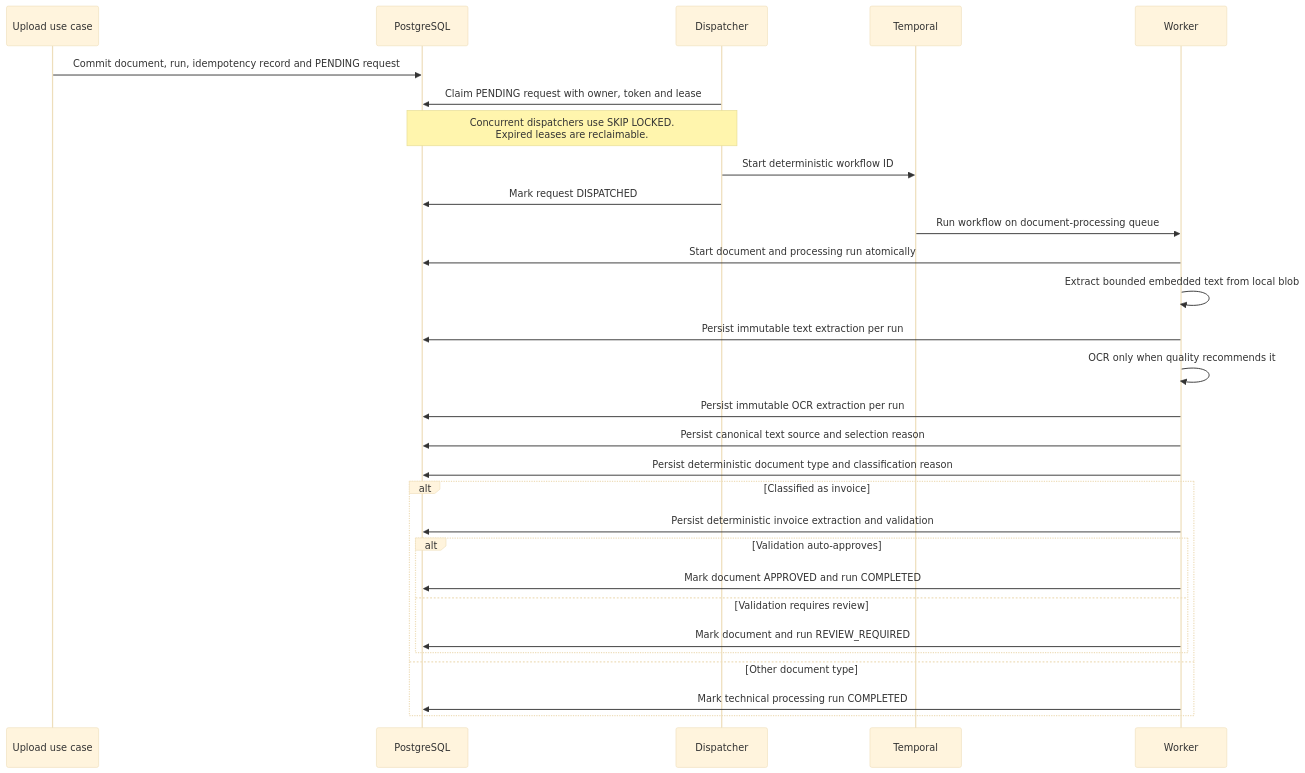
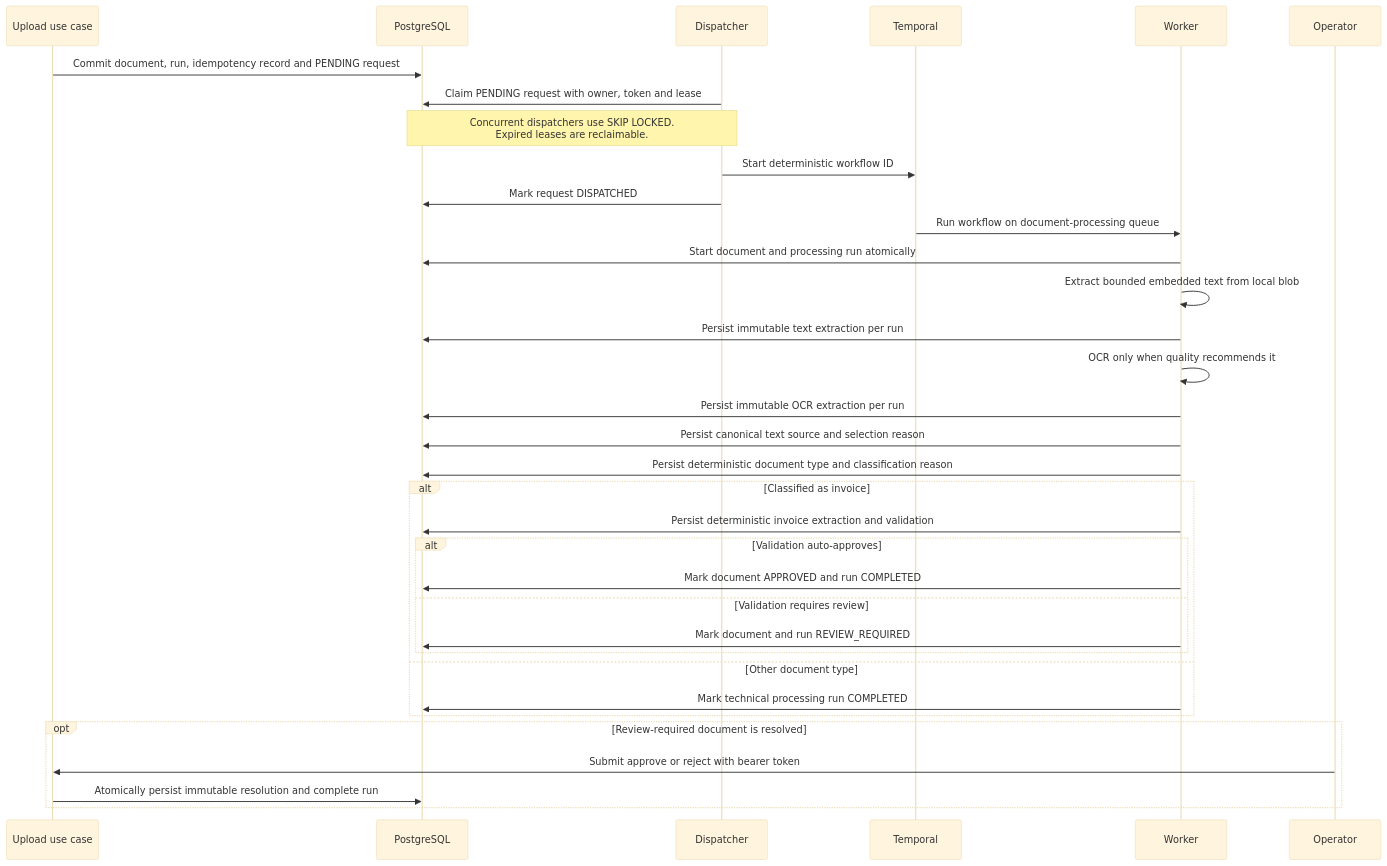
The third of 11 diagrams in docs/architecture.md (PietroRussoD/ai-document-processing-platform), drawn with Mermaid (base theme) before and after one commit. The commit also changed other lines of this file and 2 other files, not shown here.

Commit message:
📝 Document v0.3 review verification

````diff
--- a/docs/architecture.md
+++ b/docs/architecture.md
@@ -71,32 +72,37 @@
 ```mermaid
 sequenceDiagram
     participant API as Upload use case
     participant DB as PostgreSQL
     participant Dispatcher
     participant Temporal
     participant Worker
+    participant Operator
 
     API->>DB: Commit document, run, idempotency record and PENDING request
     Dispatcher->>DB: Claim PENDING request with owner, token and lease
     Note over Dispatcher,DB: Concurrent dispatchers use SKIP LOCKED.<br/>Expired leases are reclaimable.
     Dispatcher->>Temporal: Start deterministic workflow ID
     Dispatcher->>DB: Mark request DISPATCHED
     Temporal->>Worker: Run workflow on document-processing queue
     Worker->>DB: Start document and processing run atomically
     Worker->>Worker: Extract bounded embedded text from local blob
     Worker->>DB: Persist immutable text extraction per run
     Worker->>Worker: OCR only when quality recommends it
     Worker->>DB: Persist immutable OCR extraction per run
     Worker->>DB: Persist canonical text source and selection reason
     Worker->>DB: Persist deterministic document type and classification reason
     alt Classified as invoice
         Worker->>DB: Persist deterministic invoice extraction and validation
         alt Validation auto-approves
             Worker->>DB: Mark document APPROVED and run COMPLETED
         else Validation requires review
             Worker->>DB: Mark document and run REVIEW_REQUIRED
         end
     else Other document type
         Worker->>DB: Mark technical processing run COMPLETED
     end
+    opt Review-required document is resolved
+        Operator->>API: Submit approve or reject with bearer token
+        API->>DB: Atomically persist immutable resolution and complete run
+    end
 ```
````
